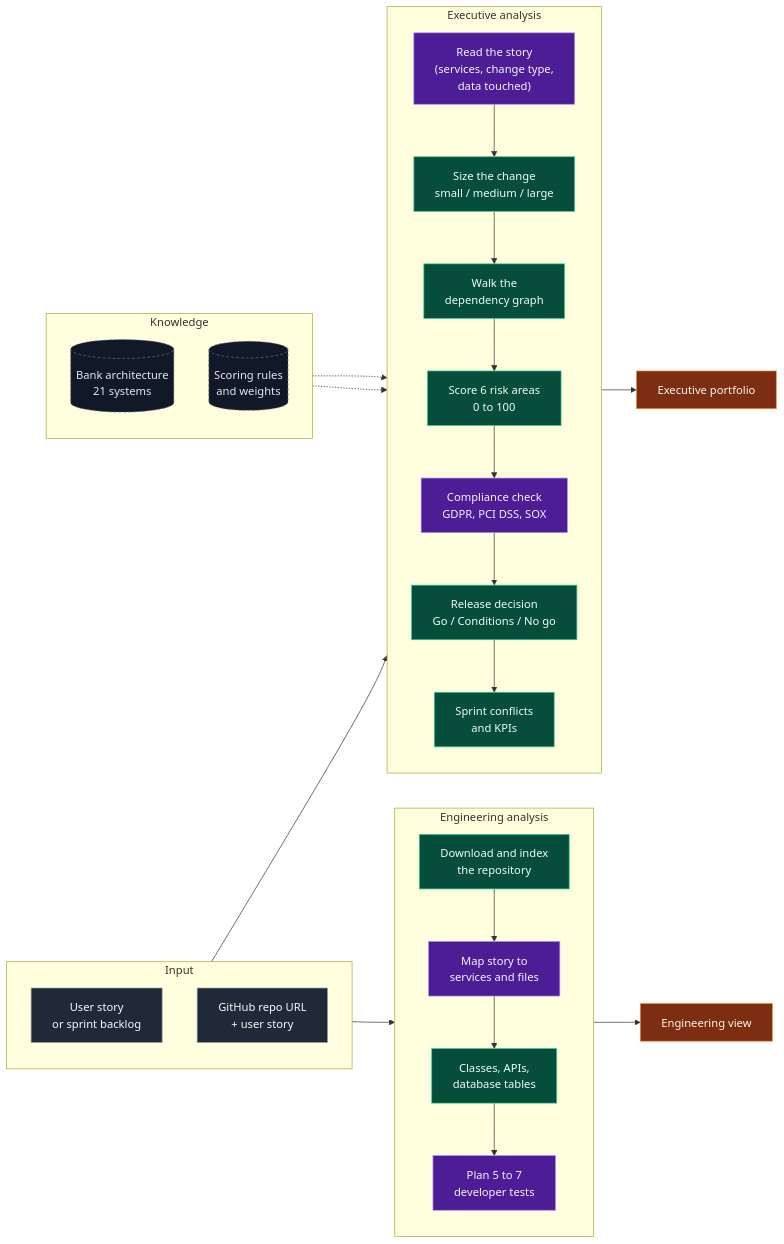
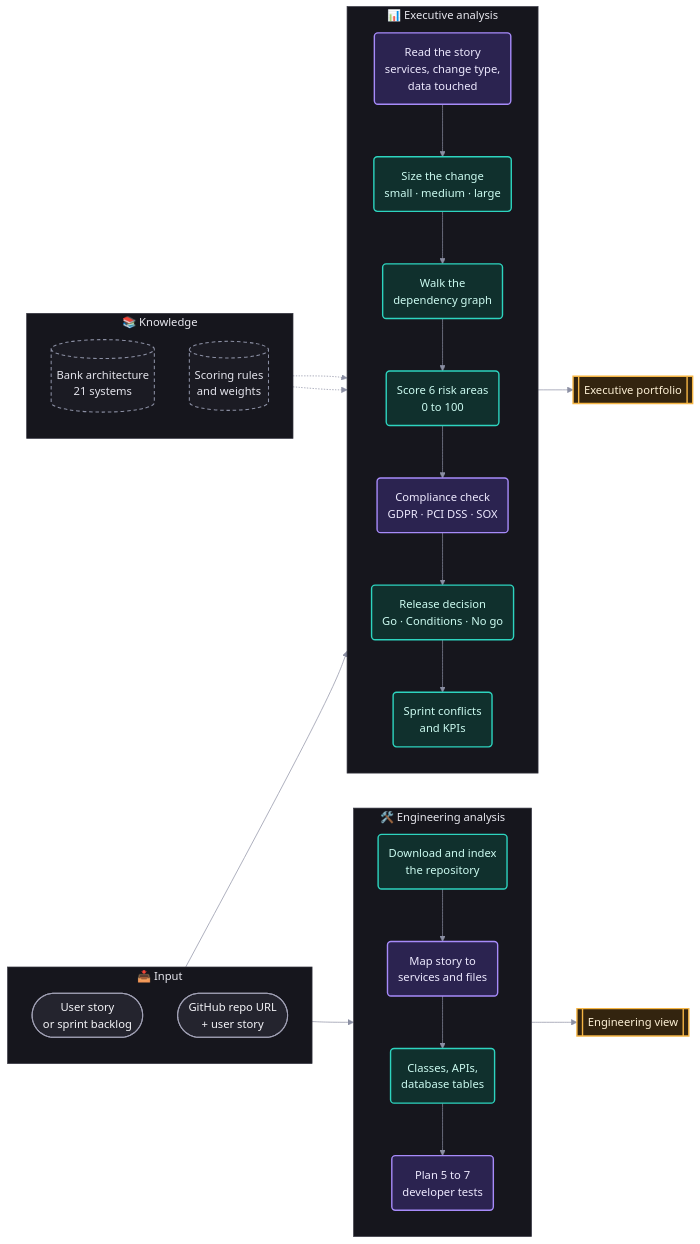
The first of 2 diagrams in README.md (NayantaraNair/AI-Change-Impact-Analysis-Agent), drawn with Mermaid before and after one commit. The commit also changed other lines of this file and 1 other file, not shown here.

Commit message:
README: trim detail, drop the custom-story section, restyle the architecture diagram

````diff
--- a/README.md
+++ b/README.md
@@ -136,49 +124,50 @@
 ```mermaid
+%%{init: {"theme": "base", "themeVariables": {"lineColor": "#8b8fa3", "clusterBkg": "#16161d", "clusterBorder": "#34343f", "titleColor": "#e7e7ee"}}}%%
 flowchart LR
-    classDef input fill:#1f2937,stroke:#9ca3af,color:#f9fafb
-    classDef ai fill:#4c1d95,stroke:#a78bfa,color:#f5f3ff
-    classDef rule fill:#064e3b,stroke:#34d399,color:#ecfdf5
-    classDef out fill:#7c2d12,stroke:#fb923c,color:#fff7ed
-    classDef store fill:#111827,stroke:#6b7280,color:#e5e7eb,stroke-dasharray:4 3
+    classDef input fill:#24242e,stroke:#a1a1b5,stroke-width:1.5px,color:#f4f4f8
+    classDef ai fill:#2b2350,stroke:#a78bfa,stroke-width:2px,color:#ede9fe
+    classDef rule fill:#10302d,stroke:#2dd4bf,stroke-width:2px,color:#ccfbf1
+    classDef out fill:#33240f,stroke:#f5b544,stroke-width:2px,color:#fdf0d5
+    classDef store fill:#1b1b23,stroke:#8b8fa3,stroke-width:1.5px,color:#e4e4ec,stroke-dasharray:5 4
 
-    subgraph IN["Input"]
+    subgraph IN["📥  Input"]
         direction TB
-        S["User story<br/>or sprint backlog"]:::input
-        G["GitHub repo URL<br/>+ user story"]:::input
+        S(["User story<br/>or sprint backlog"]):::input
+        G(["GitHub repo URL<br/>+ user story"]):::input
     end
 
-    subgraph EX["Executive analysis"]
+    subgraph EX["📊  Executive analysis"]
         direction TB
-        R["Read the story<br/>(services, change type,<br/>data touched)"]:::ai
-        Z["Size the change<br/>small / medium / large"]:::rule
-        D["Walk the<br/>dependency graph"]:::rule
-        K["Score 6 risk areas<br/>0 to 100"]:::rule
-        C["Compliance check<br/>GDPR, PCI DSS, SOX"]:::ai
-        L["Release decision<br/>Go / Conditions / No go"]:::rule
-        X["Sprint conflicts<br/>and KPIs"]:::rule
+        R("Read the story<br/>services, change type,<br/>data touched"):::ai
+        Z("Size the change<br/>small · medium · large"):::rule
+        D("Walk the<br/>dependency graph"):::rule
+        K("Score 6 risk areas<br/>0 to 100"):::rule
+        C("Compliance check<br/>GDPR · PCI DSS · SOX"):::ai
+        L("Release decision<br/>Go · Conditions · No go"):::rule
+        X("Sprint conflicts<br/>and KPIs"):::rule
         R --> Z --> D --> K
         K --> C --> L --> X
     end
 
-    subgraph EN["Engineering analysis"]
+    subgraph EN["🛠️  Engineering analysis"]
         direction TB
-        F["Download and index<br/>the repository"]:::rule
-        M["Map story to<br/>services and files"]:::ai
-        Q["Classes, APIs,<br/>database tables"]:::rule
-        T["Plan 5 to 7<br/>developer tests"]:::ai
+        F("Download and index<br/>the repository"):::rule
+        M("Map story to<br/>services and files"):::ai
+        Q("Classes, APIs,<br/>database tables"):::rule
+        T("Plan 5 to 7<br/>developer tests"):::ai
         F --> M --> Q --> T
     end
 
-    subgraph DATA["Knowledge"]
+    subgraph DATA["📚  Knowledge"]
         direction TB
         A[("Bank architecture<br/>21 systems")]:::store
         W[("Scoring rules<br/>and weights")]:::store
     end
 
     S --> R
     G --> F
     A -.-> D
     W -.-> K
-    X --> P["Executive portfolio"]:::out
-    T --> E["Engineering view"]:::out
+    X --> P[["Executive portfolio"]]:::out
+    T --> E[["Engineering view"]]:::out
 ```
````
